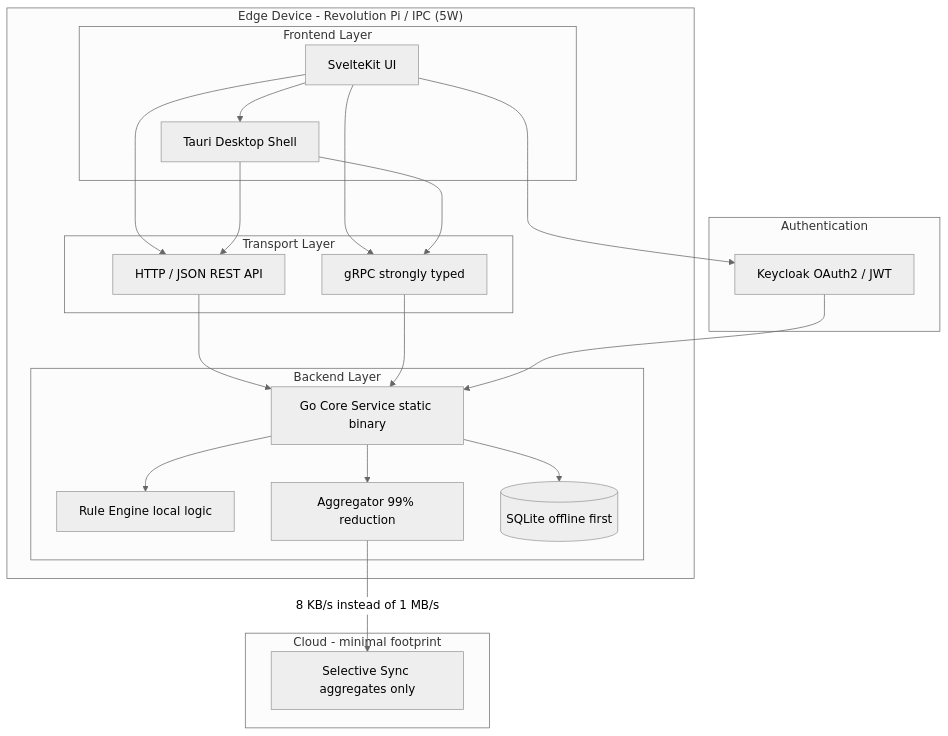
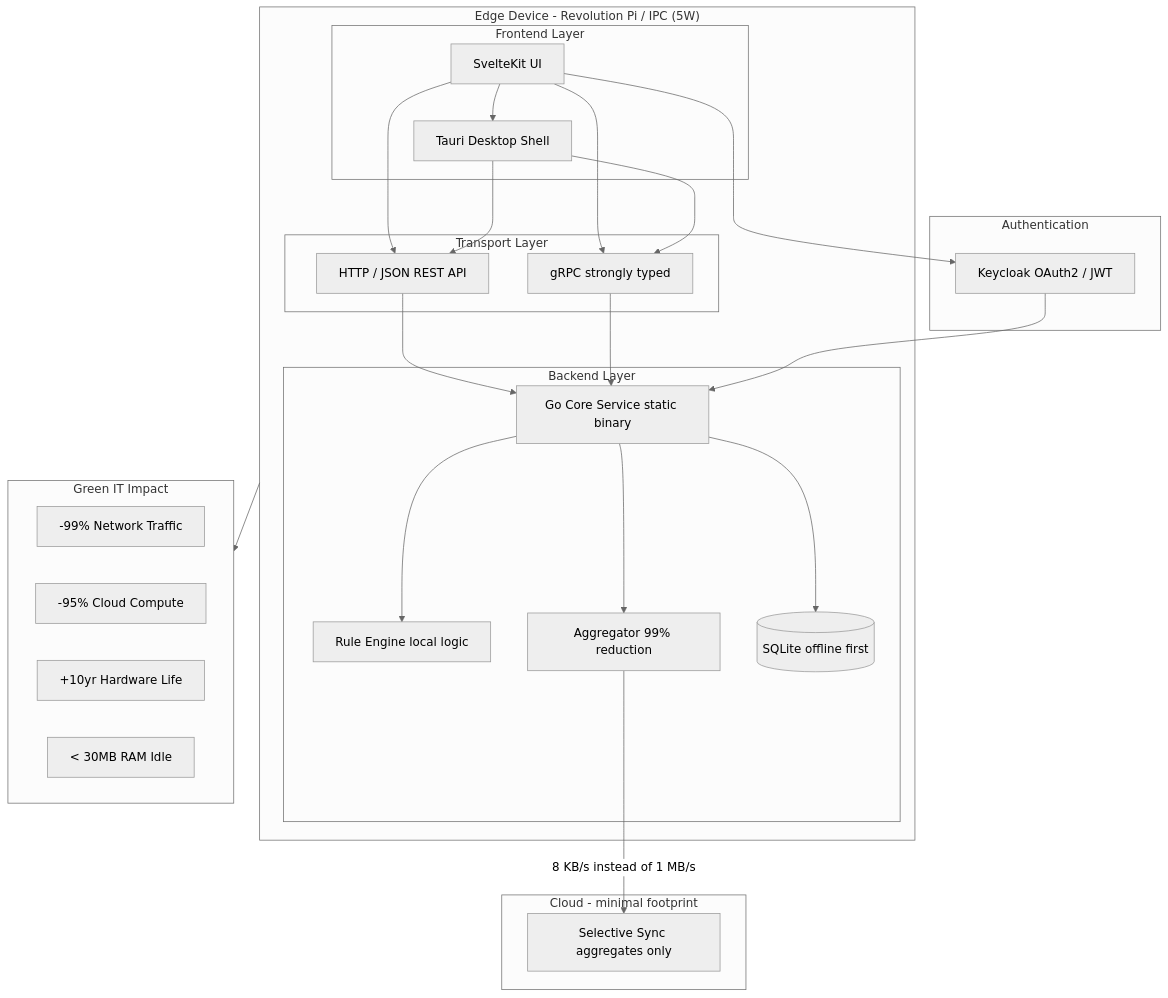
One commit to waeel1937/full-stack-go-SvelteKit-SQLite-template changed the diagram in README.md. Above: the diagram before and after it, drawn with Mermaid (neutral theme). The commit also changed other lines of this file, not shown here.

````diff
--- a/README.md
+++ b/README.md
@@ -19,38 +26,45 @@
 ```mermaid
 flowchart TB
     subgraph EDGE["Edge Device - Revolution Pi / IPC (5W)"]
         subgraph Frontend["Frontend Layer"]
             SK[SvelteKit UI]
             TA[Tauri Desktop Shell]
             SK --> TA
         end
         subgraph Transport["Transport Layer"]
             HTTP[HTTP / JSON REST API]
             GRPC[gRPC strongly typed]
         end
         subgraph Backend["Backend Layer"]
             GO[Go Core Service static binary]
             RE[Rule Engine local logic]
             AGG[Aggregator 99% reduction]
             DB[(SQLite offline first)]
         end
         SK --> HTTP
         TA --> HTTP
         SK --> GRPC
         TA --> GRPC
         HTTP --> GO
         GRPC --> GO
         GO --> RE
         GO --> AGG
         GO --> DB
     end
     subgraph AUTH["Authentication"]
         KC[Keycloak OAuth2 / JWT]
     end
     subgraph CLOUD["Cloud - minimal footprint"]
         SYNC[Selective Sync aggregates only]
     end
+    subgraph GREEN["Green IT Impact"]
+        G1[-99% Network Traffic]
+        G2[-95% Cloud Compute]
+        G3[+10yr Hardware Life]
+        G4[< 30MB RAM Idle]
+    end
     SK --> KC
     KC --> GO
     AGG -->|8 KB/s instead of 1 MB/s| SYNC
+    EDGE --> GREEN
 ```
````
